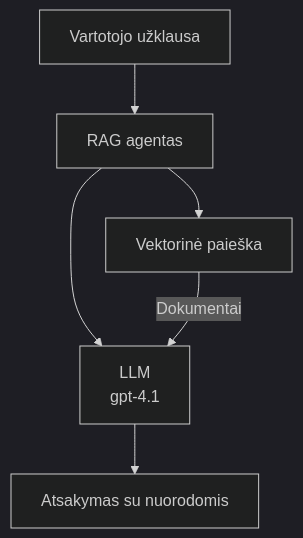
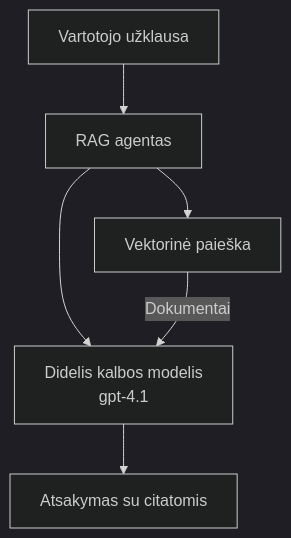
Before and after one commit to microsoft/AZD-for-beginners: the second of 3 diagrams in translations/lt/docs/chapter-02-ai-development/agents.md, drawn with Mermaid (dark theme). The commit also changed other lines of this file and 104 other files, not shown here.

````diff
--- a/translations/lt/docs/chapter-02-ai-development/agents.md
+++ b/translations/lt/docs/chapter-02-ai-development/agents.md
@@ -175,8 +181,8 @@
 ```mermaid
 graph TD
     Query[Vartotojo užklausa] --> RAG[RAG agentas]
     RAG --> Vector[Vektorinė paieška]
-    RAG --> LLM[LLM<br/>gpt-4.1]
+    RAG --> LLM[Didelis kalbos modelis<br/>gpt-4.1]
     Vector -- Dokumentai --> LLM
-    LLM --> Response[Atsakymas su nuorodomis]
+    LLM --> Response[Atsakymas su citatomis]
 ```
````
